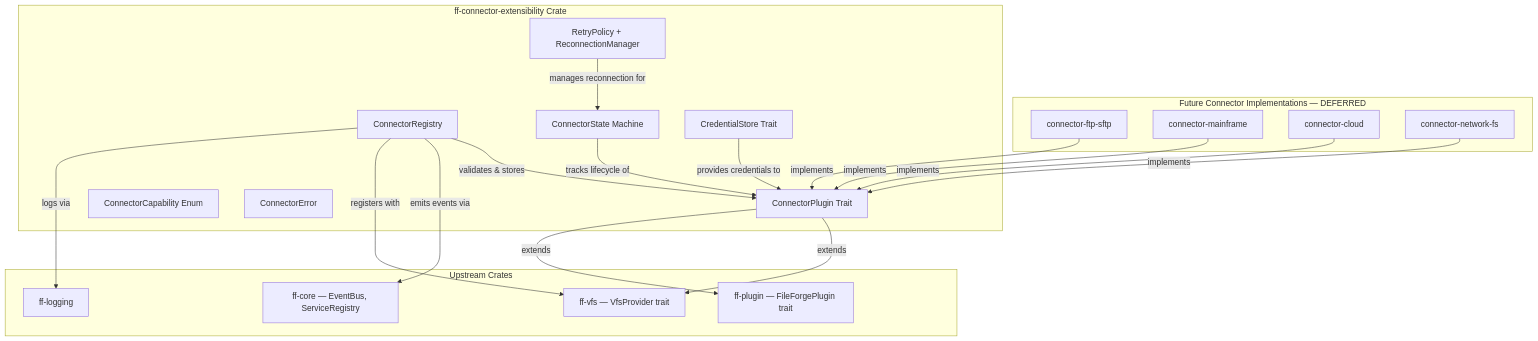
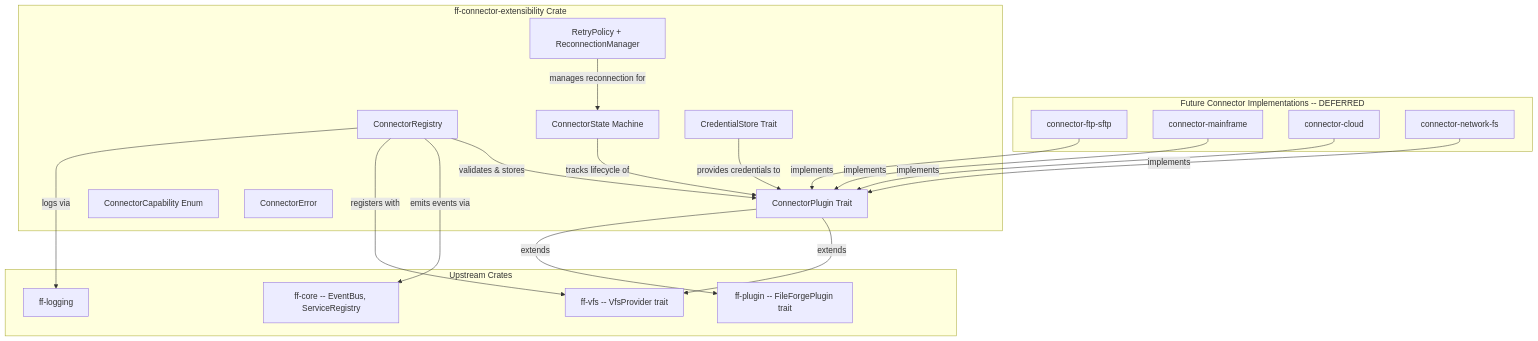
Before and after one commit to AlanWynne/FileForgeWorkbench: the diagram in docs/specs/connector-extensibility/design.md, drawn with Mermaid. The commit also changed other lines of this file and 232 other files, not shown here.

````diff
--- a/docs/specs/connector-extensibility/design.md
+++ b/docs/specs/connector-extensibility/design.md
@@ -51,42 +51,42 @@
 ```mermaid
 graph TD
-    subgraph FutureConnectors [Future Connector Implementations — DEFERRED]
+    subgraph FutureConnectors [Future Connector Implementations -- DEFERRED]
         FTP[connector-ftp-sftp]
         ZOS[connector-mainframe]
         CLOUD[connector-cloud]
         NET[connector-network-fs]
     end
 
     subgraph ff-connector-extensibility [ff-connector-extensibility Crate]
         TRAIT[ConnectorPlugin Trait]
         CREG[ConnectorRegistry]
         CAP[ConnectorCapability Enum]
         STATE[ConnectorState Machine]
         CRED[CredentialStore Trait]
         ERR[ConnectorError]
         RETRY[RetryPolicy + ReconnectionManager]
     end
 
     subgraph Upstream [Upstream Crates]
-        VFS[ff-vfs — VfsProvider trait]
-        PLG[ff-plugin — FileForgePlugin trait]
-        CORE[ff-core — EventBus, ServiceRegistry]
+        VFS[ff-vfs -- VfsProvider trait]
+        PLG[ff-plugin -- FileForgePlugin trait]
+        CORE[ff-core -- EventBus, ServiceRegistry]
         LOG[ff-logging]
     end
 
     FTP -->|implements| TRAIT
     ZOS -->|implements| TRAIT
     CLOUD -->|implements| TRAIT
     NET -->|implements| TRAIT
 
     TRAIT -->|extends| VFS
     TRAIT -->|extends| PLG
     CREG -->|validates & stores| TRAIT
     CREG -->|emits events via| CORE
     STATE -->|tracks lifecycle of| TRAIT
     RETRY -->|manages reconnection for| STATE
     CRED -->|provides credentials to| TRAIT
 
     CREG -->|registers with| VFS
     CREG -->|logs via| LOG
 ```
````
